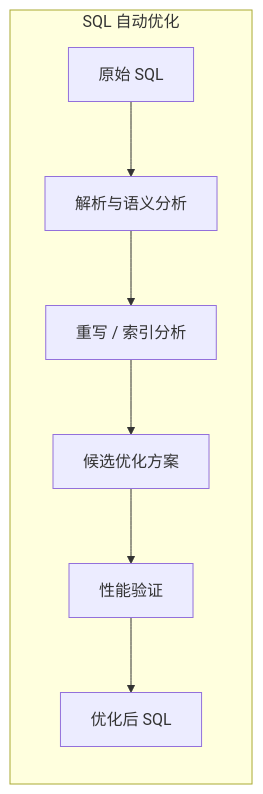
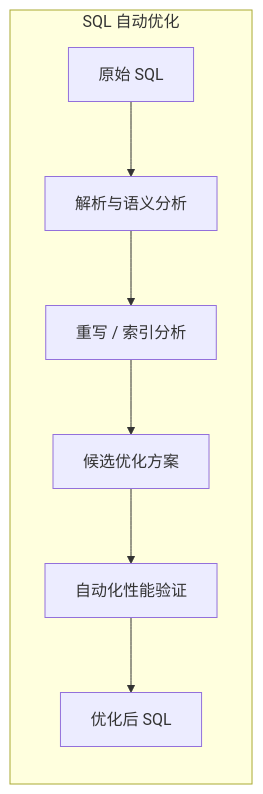
Before and after one commit to PawSQL/pawsql-docs-mantlify: the second of 6 diagrams in docs/features/index.mdx, drawn with Mermaid. The commit also changed other lines of this file and 143 other files, not shown here.

````diff
--- a/docs/features/index.mdx
+++ b/docs/features/index.mdx
@@ -105,10 +105,10 @@
 ```mermaid
 flowchart LR
   subgraph sgRewrite["SQL 自动优化"]
     A["原始 SQL"] --> B["解析与语义分析"]
     B --> C["重写 / 索引分析"]
     C --> D["候选优化方案"]
-    D --> E["性能验证"]
+    D --> E["自动化性能验证"]
     E --> F["优化后 SQL"]
   end
 ```
````
